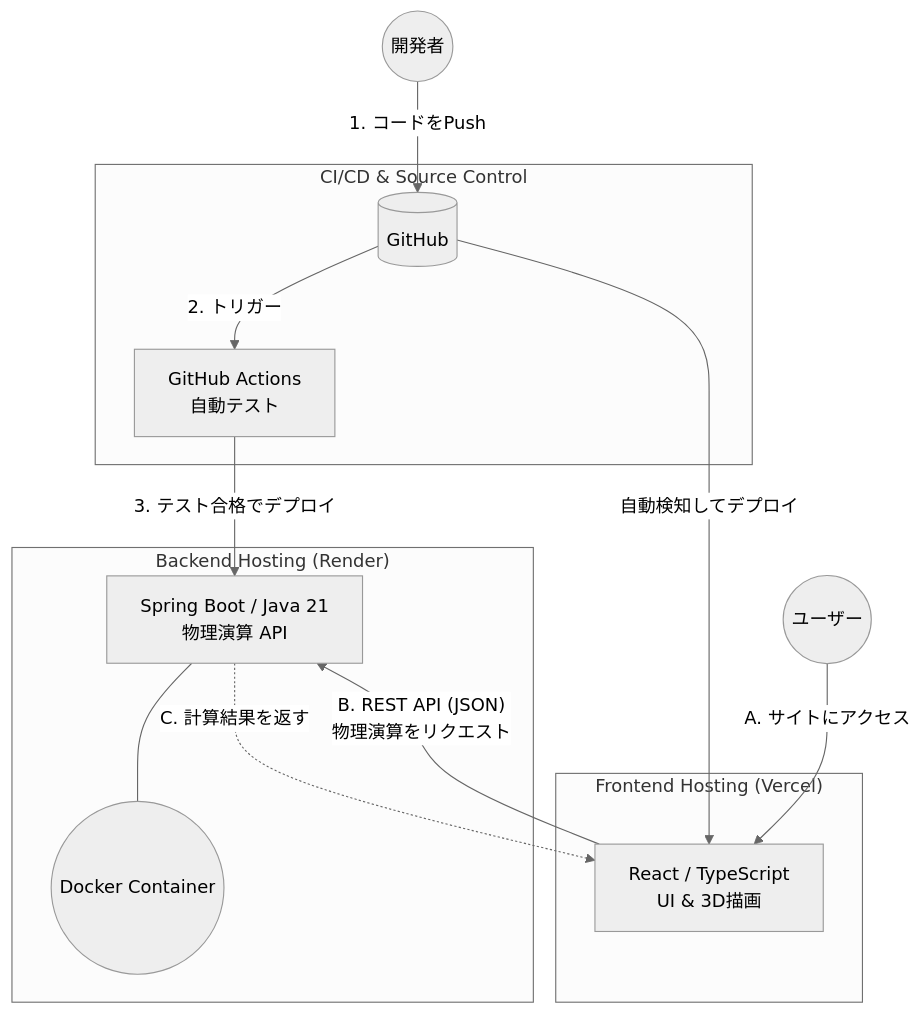
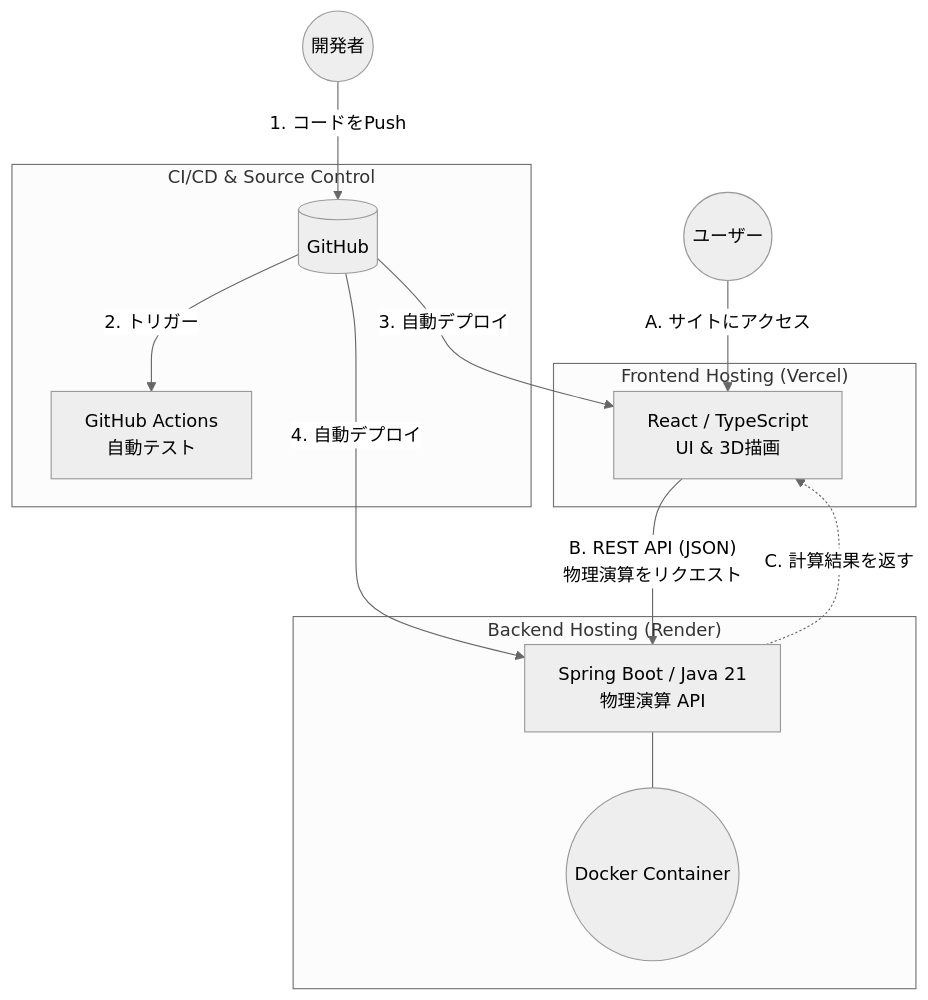
The diagram in README.ja.md (haku3782/darts-sim), drawn with Mermaid (neutral theme) before and after one commit. The commit also changed other lines of this file and 1 other file, not shown here.

````diff
--- a/README.ja.md
+++ b/README.ja.md
@@ -48,29 +49,29 @@
 ```mermaid
 graph TD
     Dev((開発者))
     User((ユーザー))
 
     subgraph "Frontend Hosting (Vercel)"
         React[React / TypeScript<br/>UI & 3D描画]
     end
 
     subgraph "Backend Hosting (Render)"
         Spring[Spring Boot / Java 21<br/>物理演算 API]
         Docker((Docker Container))
         Spring --- Docker
     end
 
     subgraph "CI/CD & Source Control"
         Repo[(GitHub)]
         Actions[GitHub Actions<br/>自動テスト]
     end
 
     Dev -->|"1. コードをPush"| Repo
     Repo -->|"2. トリガー"| Actions
-    Actions -->|"3. テスト合格でデプロイ"| Spring
-    Repo -->|"自動検知してデプロイ"| React
+    Repo -->|"3. 自動デプロイ"| React
+    Repo -->|"4. 自動デプロイ"| Spring
 
     User -->|"A. サイトにアクセス"| React
     React -->|"B. REST API (JSON)<br/>物理演算をリクエスト"| Spring
     Spring -.->|"C. 計算結果を返す"| React
 ```
````
